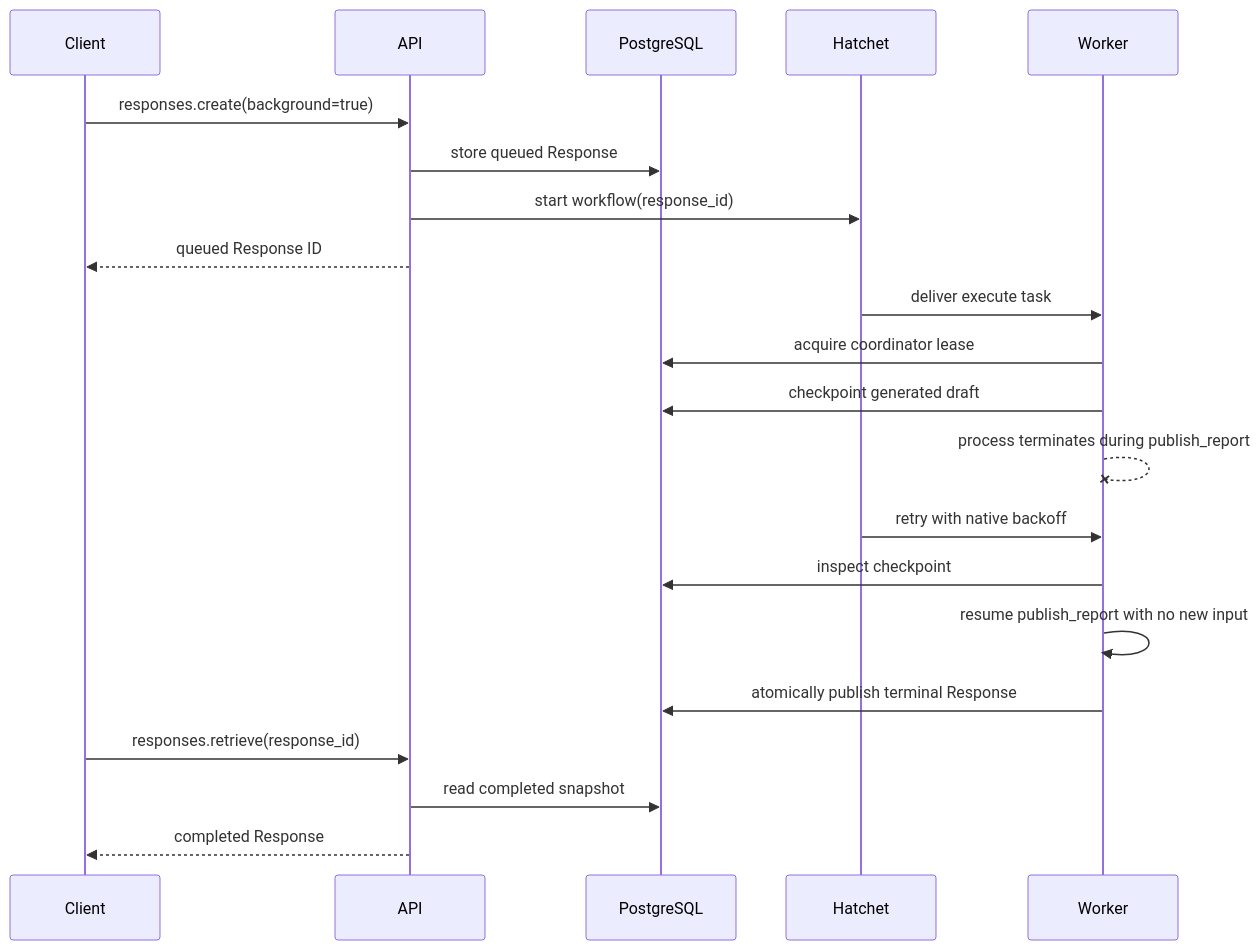
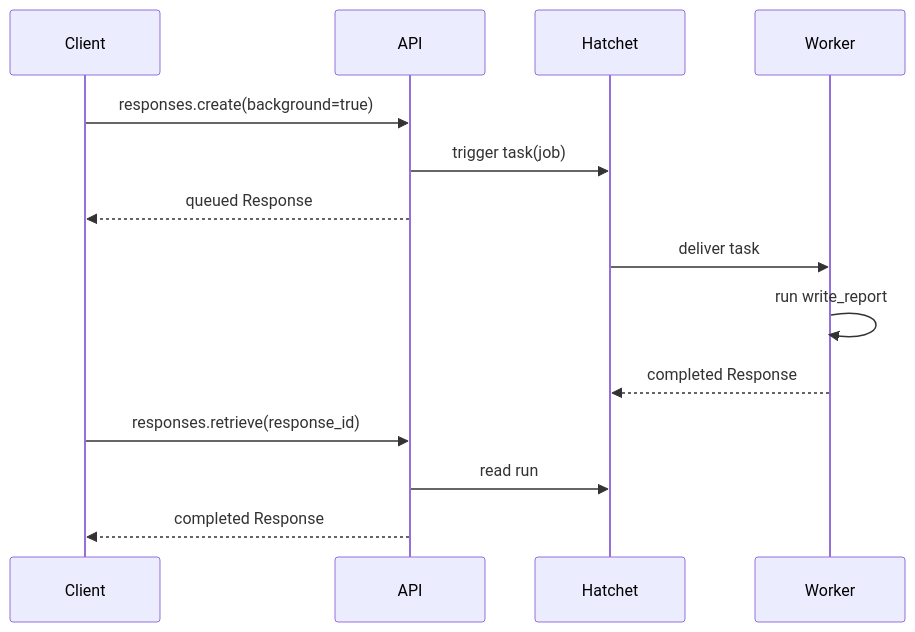
Before and after one commit to ilkersigirci/langgraph-openai-serve: the second of 2 diagrams in docs/demo/graphs/background-report-agent.md, drawn with Mermaid. The commit also changed other lines of this file and 108 other files, not shown here.

First line of the commit message:
feat: background feature is hatchet native

````diff
--- a/docs/demo/graphs/background-report-agent.md
+++ b/docs/demo/graphs/background-report-agent.md
@@ -48,24 +35,17 @@
 ```mermaid
 sequenceDiagram
   participant Client
   participant API
-  participant DB as PostgreSQL
   participant Hatchet
   participant Worker
 
   Client->>API: responses.create(background=true)
-  API->>DB: store queued Response
-  API->>Hatchet: start workflow(response_id)
-  API-->>Client: queued Response ID
-  Hatchet->>Worker: deliver execute task
-  Worker->>DB: acquire coordinator lease
-  Worker->>DB: checkpoint generated draft
-  Worker--xWorker: process terminates during publish_report
-  Hatchet->>Worker: retry with native backoff
-  Worker->>DB: inspect checkpoint
-  Worker->>Worker: resume publish_report with no new input
-  Worker->>DB: atomically publish terminal Response
+  API->>Hatchet: trigger task(job)
+  API-->>Client: queued Response
+  Hatchet->>Worker: deliver task
+  Worker->>Worker: run write_report
+  Worker-->>Hatchet: completed Response
   Client->>API: responses.retrieve(response_id)
-  API->>DB: read completed snapshot
+  API->>Hatchet: read run
   API-->>Client: completed Response
 ```
````
